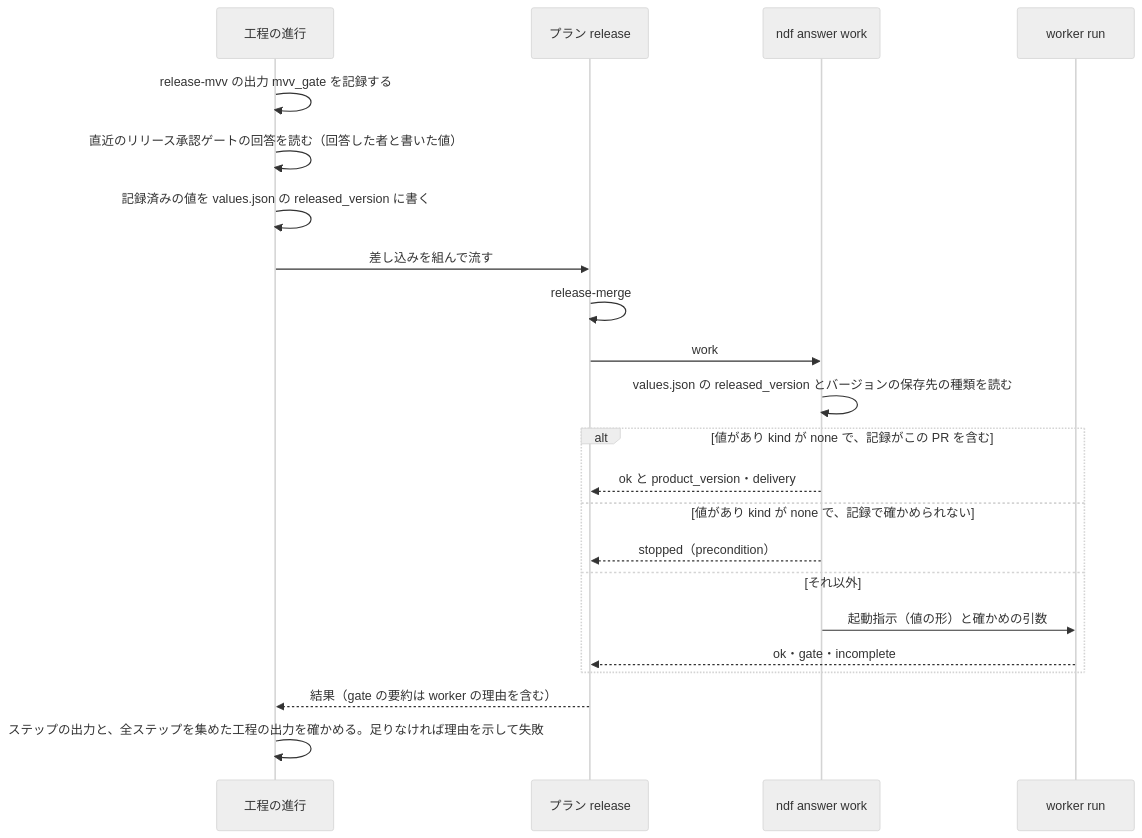
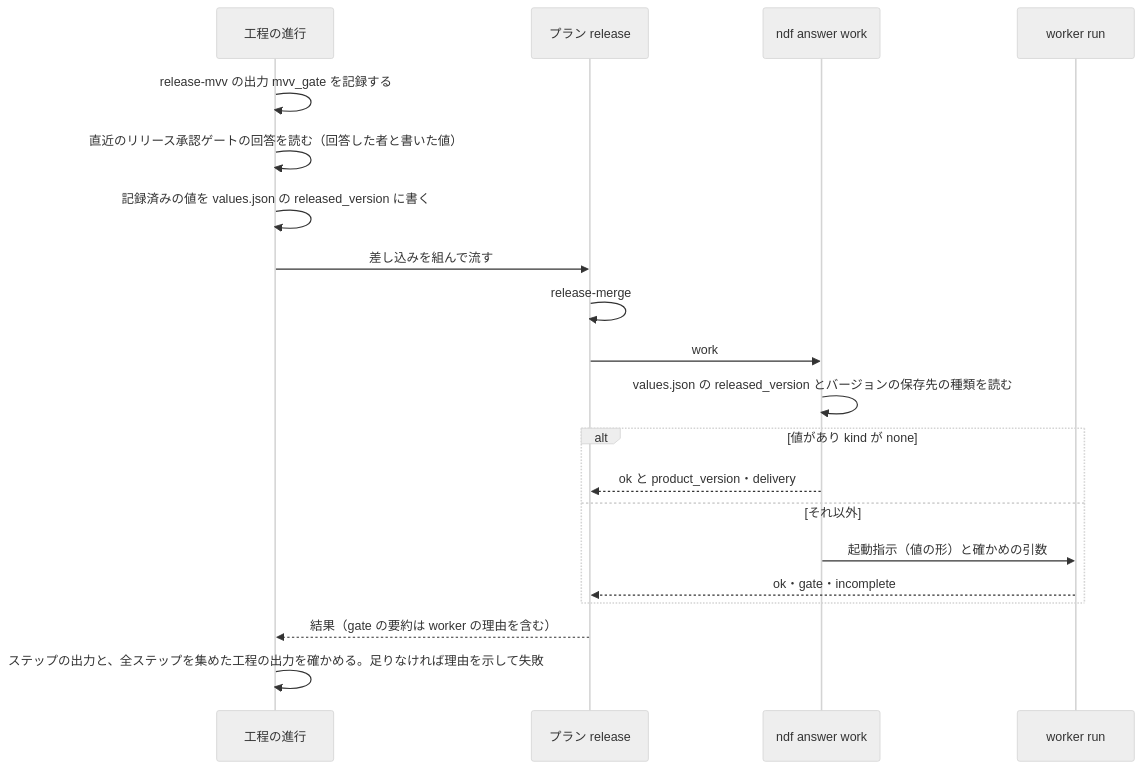
The third of 3 diagrams in issues/issue-4513-design.md (devbasex/ai-plugins), drawn with Mermaid (neutral theme) before and after one commit. The commit also changed other lines of this file and 3 other files, not shown here.

````diff
--- a/issues/issue-4513-design.md
+++ b/issues/issue-4513-design.md
@@ -171,24 +145,22 @@
 ```mermaid
 sequenceDiagram
   participant P as 工程の進行
   participant T as プラン release
   participant E as ndf answer work
   participant W as worker run
   P->>P: release-mvv の出力 mvv_gate を記録する
   P->>P: 直近のリリース承認ゲートの回答を読む（回答した者と書いた値）
   P->>P: 記録済みの値を values.json の released_version に書く
   P->>T: 差し込みを組んで流す
   T->>T: release-merge
   T->>E: work
   E->>E: values.json の released_version とバージョンの保存先の種類を読む
-  alt 値があり kind が none で、記録がこの PR を含む
+  alt 値があり kind が none
     E-->>T: ok と product_version・delivery
-  else 値があり kind が none で、記録で確かめられない
-    E-->>T: stopped（precondition）
   else それ以外
     E->>W: 起動指示（値の形）と確かめの引数
     W-->>T: ok・gate・incomplete
   end
   T-->>P: 結果（gate の要約は worker の理由を含む）
   P->>P: ステップの出力と、全ステップを集めた工程の出力を確かめる。足りなければ理由を示して失敗
 ```
````
